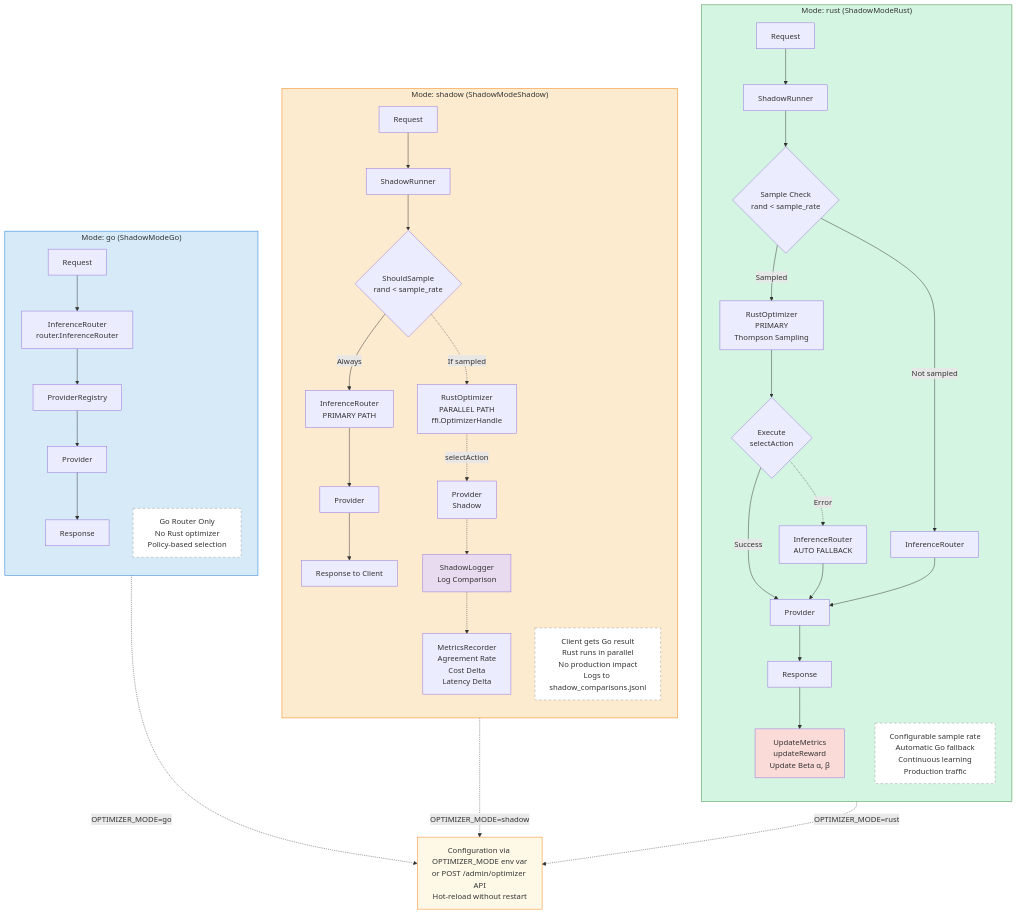
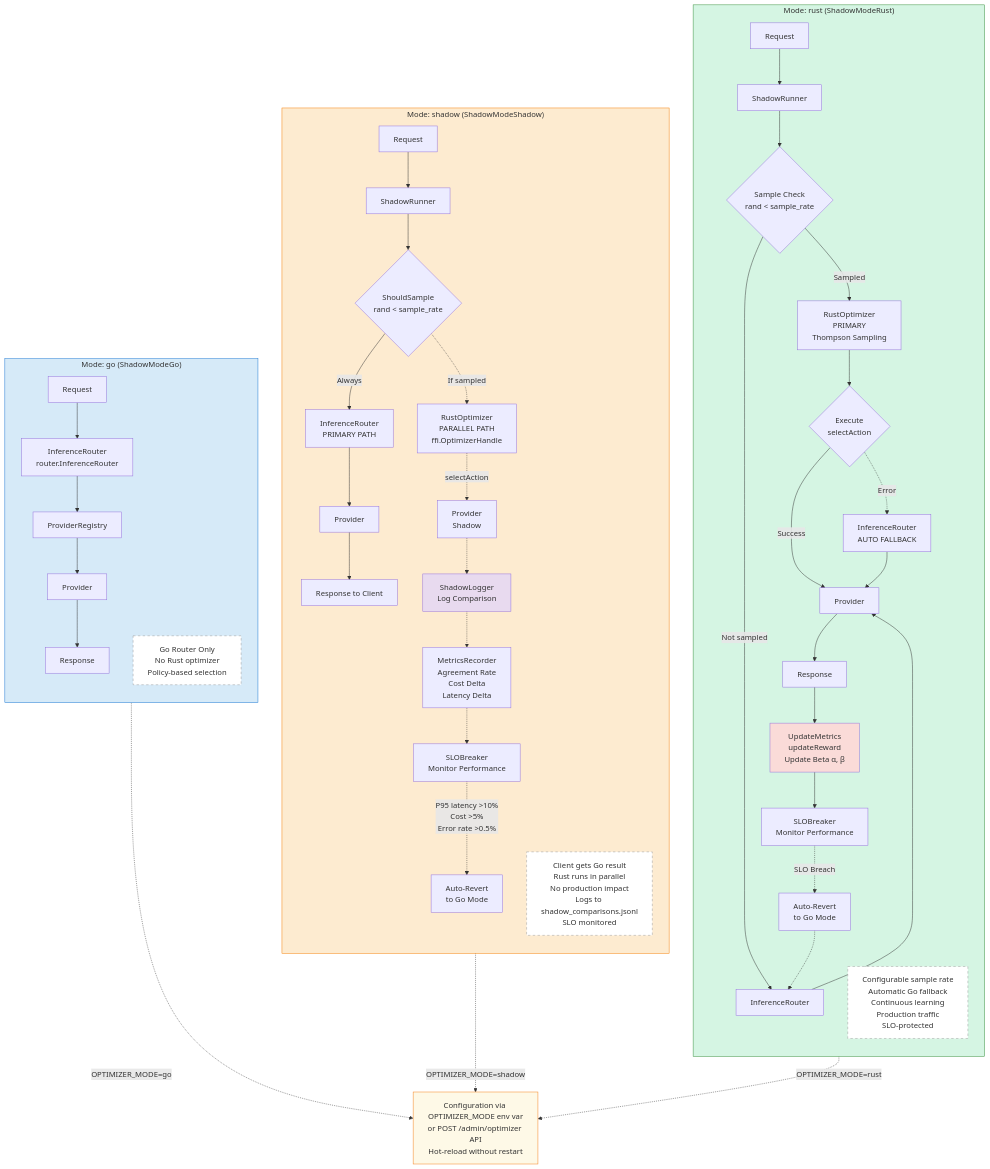
Before and after one commit to rapture-fx/igris: the diagram in docs_int/diagrams/03-optimizer-modes.mmd, drawn with Mermaid. The commit also changed 9 other files, not shown here.

```diff
--- a/docs_int/diagrams/03-optimizer-modes.mmd
+++ b/docs_int/diagrams/03-optimizer-modes.mmd
@@ -1,70 +1,77 @@
 %% Optimizer Modes: Three Operating Modes
 %% Based on internal/inference/optimizer/shadow/shadow_runner.go:17-24
-%% Updated: 2025-10-20 - Synchronized with codebase
+%% Updated: 2025-10-22 - Added SLO Breaker monitoring
 
 graph TB
     subgraph Mode1["Mode: go (ShadowModeGo)"]
         direction TB
         Request1[Request] --> InferenceRouter1[InferenceRouter<br/>router.InferenceRouter]
         InferenceRouter1 --> ProviderRegistry1[ProviderRegistry]
         ProviderRegistry1 --> Provider1[Provider]
         Provider1 --> Response1[Response]
 
         Note1[Go Router Only<br/>No Rust optimizer<br/>Policy-based selection]
     end
 
     subgraph Mode2["Mode: shadow (ShadowModeShadow)"]
         direction TB
         Request2[Request] --> ShadowRunner2[ShadowRunner]
         ShadowRunner2 --> ShouldSample{ShouldSample<br/>rand < sample_rate}
 
         ShouldSample -->|Always| Primary[InferenceRouter<br/>PRIMARY PATH]
         ShouldSample -.->|If sampled| RustShadow[RustOptimizer<br/>PARALLEL PATH<br/>ffi.OptimizerHandle]
 
         Primary --> Provider2A[Provider]
         RustShadow -.->|selectAction| Provider2B[Provider<br/>Shadow]
 
         Provider2A --> Response2[Response to Client]
         Provider2B -.-> ComparisonLog[ShadowLogger<br/>Log Comparison]
 
         ComparisonLog -.-> MetricsRecorder[MetricsRecorder<br/>Agreement Rate<br/>Cost Delta<br/>Latency Delta]
 
-        Note2[Client gets Go result<br/>Rust runs in parallel<br/>No production impact<br/>Logs to shadow_comparisons.jsonl]
+        MetricsRecorder -.-> SLOBreaker2[SLOBreaker<br/>Monitor Performance]
+        SLOBreaker2 -.->|P95 latency >10%<br/>Cost >5%<br/>Error rate >0.5%| AutoRevert2[Auto-Revert<br/>to Go Mode]
+
+        Note2[Client gets Go result<br/>Rust runs in parallel<br/>No production impact<br/>Logs to shadow_comparisons.jsonl<br/>SLO monitored]
     end
 
     subgraph Mode3["Mode: rust (ShadowModeRust)"]
         direction TB
         Request3[Request] --> ShadowRunner3[ShadowRunner]
         ShadowRunner3 --> Sample{Sample Check<br/>rand < sample_rate}
 
         Sample -->|Sampled| RustPrimary[RustOptimizer<br/>PRIMARY<br/>Thompson Sampling]
         Sample -->|Not sampled| GoFallback1[InferenceRouter]
 
         RustPrimary --> Execute{Execute<br/>selectAction}
         Execute -->|Success| Provider3[Provider]
         Execute -.->|Error| GoFallback2[InferenceRouter<br/>AUTO FALLBACK]
 
         GoFallback1 --> Provider3
         GoFallback2 --> Provider3
 
         Provider3 --> Response3[Response]
         Response3 --> UpdateMetrics[UpdateMetrics<br/>updateReward<br/>Update Beta α, β]
 
-        Note3[Configurable sample rate<br/>Automatic Go fallback<br/>Continuous learning<br/>Production traffic]
+        UpdateMetrics --> SLOBreaker3[SLOBreaker<br/>Monitor Performance]
+        SLOBreaker3 -.->|SLO Breach| AutoRevert3[Auto-Revert<br/>to Go Mode]
+        AutoRevert3 -.-> GoFallback1
+
+        Note3[Configurable sample rate<br/>Automatic Go fallback<br/>Continuous learning<br/>Production traffic<br/>SLO-protected]
     end
 
     ConfigNote[Configuration via OPTIMIZER_MODE env var<br/>or POST /admin/optimizer API<br/>Hot-reload without restart]
 
     Mode1 -.->|OPTIMIZER_MODE=go| ConfigNote
     Mode2 -.->|OPTIMIZER_MODE=shadow| ConfigNote
     Mode3 -.->|OPTIMIZER_MODE=rust| ConfigNote
 
     style Mode1 fill:#D6EAF8,stroke:#1976d2
     style Mode2 fill:#FDEBD0,stroke:#f57c00
     style Mode3 fill:#D5F5E3,stroke:#388e3c
     style ComparisonLog fill:#E8DAEF
     style UpdateMetrics fill:#FADBD8
     style Note1 fill:#fff,stroke:#999,stroke-dasharray: 5 5
     style Note2 fill:#fff,stroke:#999,stroke-dasharray: 5 5
     style Note3 fill:#fff,stroke:#999,stroke-dasharray: 5 5
     style ConfigNote fill:#FEF9E7,stroke:#f57f17
```
